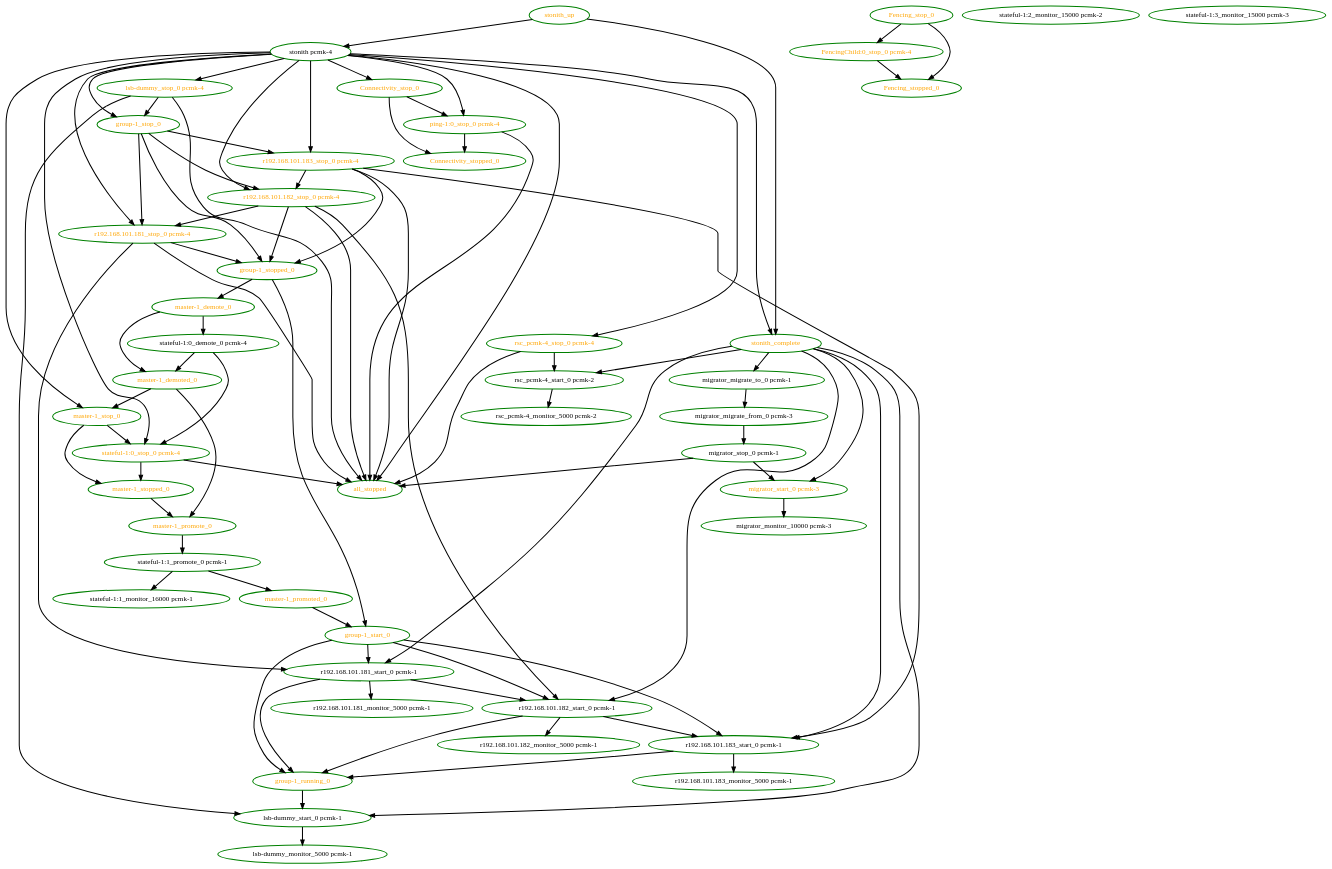
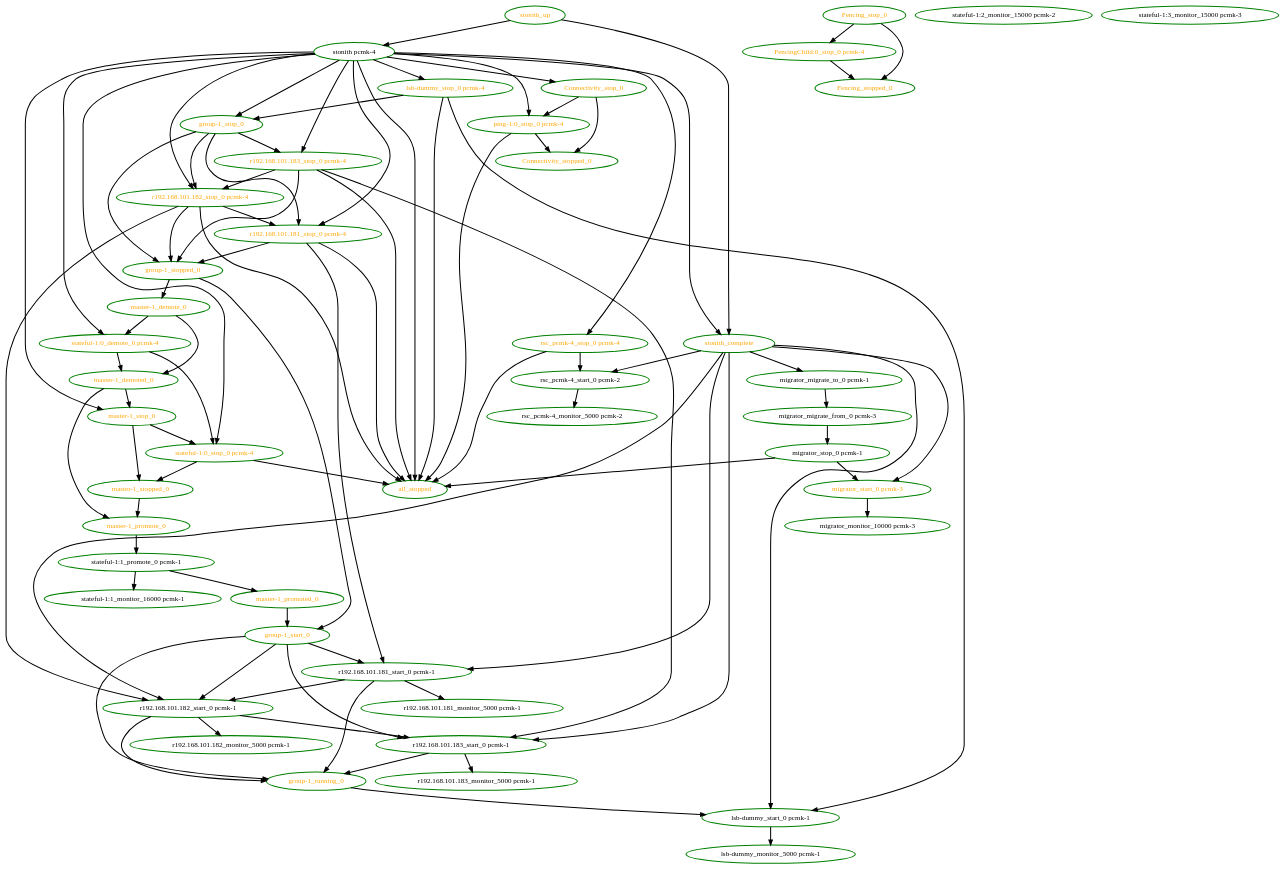
One commit to ClusterLabs/pacemaker changed the diagram in pengine/test10/migrate-fencing.dot. Above: the diagram before and after it, drawn with Graphviz. The commit also changed 1 other file, not shown here.

```diff
--- a/pengine/test10/migrate-fencing.dot
+++ b/pengine/test10/migrate-fencing.dot
@@ -1,133 +1,134 @@
 digraph "g" {
 "Connectivity_stop_0" -> "Connectivity_stopped_0" [ style = bold]
 "Connectivity_stop_0" -> "ping-1:0_stop_0 pcmk-4" [ style = bold]
 "Connectivity_stop_0" [ style=bold color="green" fontcolor="orange" ]
 "Connectivity_stopped_0" [ style=bold color="green" fontcolor="orange" ]
 "FencingChild:0_stop_0 pcmk-4" -> "Fencing_stopped_0" [ style = bold]
 "FencingChild:0_stop_0 pcmk-4" [ style=bold color="green" fontcolor="orange" ]
 "Fencing_stop_0" -> "FencingChild:0_stop_0 pcmk-4" [ style = bold]
 "Fencing_stop_0" -> "Fencing_stopped_0" [ style = bold]
 "Fencing_stop_0" [ style=bold color="green" fontcolor="orange" ]
 "Fencing_stopped_0" [ style=bold color="green" fontcolor="orange" ]
 "all_stopped" [ style=bold color="green" fontcolor="orange" ]
 "group-1_running_0" -> "lsb-dummy_start_0 pcmk-1" [ style = bold]
 "group-1_running_0" [ style=bold color="green" fontcolor="orange" ]
 "group-1_start_0" -> "group-1_running_0" [ style = bold]
 "group-1_start_0" -> "r192.168.101.181_start_0 pcmk-1" [ style = bold]
 "group-1_start_0" -> "r192.168.101.182_start_0 pcmk-1" [ style = bold]
 "group-1_start_0" -> "r192.168.101.183_start_0 pcmk-1" [ style = bold]
 "group-1_start_0" [ style=bold color="green" fontcolor="orange" ]
 "group-1_stop_0" -> "group-1_stopped_0" [ style = bold]
 "group-1_stop_0" -> "r192.168.101.181_stop_0 pcmk-4" [ style = bold]
 "group-1_stop_0" -> "r192.168.101.182_stop_0 pcmk-4" [ style = bold]
 "group-1_stop_0" -> "r192.168.101.183_stop_0 pcmk-4" [ style = bold]
 "group-1_stop_0" [ style=bold color="green" fontcolor="orange" ]
 "group-1_stopped_0" -> "group-1_start_0" [ style = bold]
 "group-1_stopped_0" -> "master-1_demote_0" [ style = bold]
 "group-1_stopped_0" [ style=bold color="green" fontcolor="orange" ]
 "lsb-dummy_monitor_5000 pcmk-1" [ style=bold color="green" fontcolor="black" ]
 "lsb-dummy_start_0 pcmk-1" -> "lsb-dummy_monitor_5000 pcmk-1" [ style = bold]
 "lsb-dummy_start_0 pcmk-1" [ style=bold color="green" fontcolor="black" ]
 "lsb-dummy_stop_0 pcmk-4" -> "all_stopped" [ style = bold]
 "lsb-dummy_stop_0 pcmk-4" -> "group-1_stop_0" [ style = bold]
 "lsb-dummy_stop_0 pcmk-4" -> "lsb-dummy_start_0 pcmk-1" [ style = bold]
 "lsb-dummy_stop_0 pcmk-4" [ style=bold color="green" fontcolor="orange" ]
 "master-1_demote_0" -> "master-1_demoted_0" [ style = bold]
 "master-1_demote_0" -> "stateful-1:0_demote_0 pcmk-4" [ style = bold]
 "master-1_demote_0" [ style=bold color="green" fontcolor="orange" ]
 "master-1_demoted_0" -> "master-1_promote_0" [ style = bold]
 "master-1_demoted_0" -> "master-1_stop_0" [ style = bold]
 "master-1_demoted_0" [ style=bold color="green" fontcolor="orange" ]
 "master-1_promote_0" -> "stateful-1:1_promote_0 pcmk-1" [ style = bold]
 "master-1_promote_0" [ style=bold color="green" fontcolor="orange" ]
 "master-1_promoted_0" -> "group-1_start_0" [ style = bold]
 "master-1_promoted_0" [ style=bold color="green" fontcolor="orange" ]
 "master-1_stop_0" -> "master-1_stopped_0" [ style = bold]
 "master-1_stop_0" -> "stateful-1:0_stop_0 pcmk-4" [ style = bold]
 "master-1_stop_0" [ style=bold color="green" fontcolor="orange" ]
 "master-1_stopped_0" -> "master-1_promote_0" [ style = bold]
 "master-1_stopped_0" [ style=bold color="green" fontcolor="orange" ]
 "migrator_migrate_from_0 pcmk-3" -> "migrator_stop_0 pcmk-1" [ style = bold]
 "migrator_migrate_from_0 pcmk-3" [ style=bold color="green" fontcolor="black" ]
 "migrator_migrate_to_0 pcmk-1" -> "migrator_migrate_from_0 pcmk-3" [ style = bold]
 "migrator_migrate_to_0 pcmk-1" [ style=bold color="green" fontcolor="black" ]
 "migrator_monitor_10000 pcmk-3" [ style=bold color="green" fontcolor="black" ]
 "migrator_start_0 pcmk-3" -> "migrator_monitor_10000 pcmk-3" [ style = bold]
 "migrator_start_0 pcmk-3" [ style=bold color="green" fontcolor="orange" ]
 "migrator_stop_0 pcmk-1" -> "all_stopped" [ style = bold]
 "migrator_stop_0 pcmk-1" -> "migrator_start_0 pcmk-3" [ style = bold]
 "migrator_stop_0 pcmk-1" [ style=bold color="green" fontcolor="black" ]
 "ping-1:0_stop_0 pcmk-4" -> "Connectivity_stopped_0" [ style = bold]
 "ping-1:0_stop_0 pcmk-4" -> "all_stopped" [ style = bold]
 "ping-1:0_stop_0 pcmk-4" [ style=bold color="green" fontcolor="orange" ]
 "r192.168.101.181_monitor_5000 pcmk-1" [ style=bold color="green" fontcolor="black" ]
 "r192.168.101.181_start_0 pcmk-1" -> "group-1_running_0" [ style = bold]
 "r192.168.101.181_start_0 pcmk-1" -> "r192.168.101.181_monitor_5000 pcmk-1" [ style = bold]
 "r192.168.101.181_start_0 pcmk-1" -> "r192.168.101.182_start_0 pcmk-1" [ style = bold]
 "r192.168.101.181_start_0 pcmk-1" [ style=bold color="green" fontcolor="black" ]
 "r192.168.101.181_stop_0 pcmk-4" -> "all_stopped" [ style = bold]
 "r192.168.101.181_stop_0 pcmk-4" -> "group-1_stopped_0" [ style = bold]
 "r192.168.101.181_stop_0 pcmk-4" -> "r192.168.101.181_start_0 pcmk-1" [ style = bold]
 "r192.168.101.181_stop_0 pcmk-4" [ style=bold color="green" fontcolor="orange" ]
 "r192.168.101.182_monitor_5000 pcmk-1" [ style=bold color="green" fontcolor="black" ]
 "r192.168.101.182_start_0 pcmk-1" -> "group-1_running_0" [ style = bold]
 "r192.168.101.182_start_0 pcmk-1" -> "r192.168.101.182_monitor_5000 pcmk-1" [ style = bold]
 "r192.168.101.182_start_0 pcmk-1" -> "r192.168.101.183_start_0 pcmk-1" [ style = bold]
 "r192.168.101.182_start_0 pcmk-1" [ style=bold color="green" fontcolor="black" ]
 "r192.168.101.182_stop_0 pcmk-4" -> "all_stopped" [ style = bold]
 "r192.168.101.182_stop_0 pcmk-4" -> "group-1_stopped_0" [ style = bold]
 "r192.168.101.182_stop_0 pcmk-4" -> "r192.168.101.181_stop_0 pcmk-4" [ style = bold]
 "r192.168.101.182_stop_0 pcmk-4" -> "r192.168.101.182_start_0 pcmk-1" [ style = bold]
 "r192.168.101.182_stop_0 pcmk-4" [ style=bold color="green" fontcolor="orange" ]
 "r192.168.101.183_monitor_5000 pcmk-1" [ style=bold color="green" fontcolor="black" ]
 "r192.168.101.183_start_0 pcmk-1" -> "group-1_running_0" [ style = bold]
 "r192.168.101.183_start_0 pcmk-1" -> "r192.168.101.183_monitor_5000 pcmk-1" [ style = bold]
 "r192.168.101.183_start_0 pcmk-1" [ style=bold color="green" fontcolor="black" ]
 "r192.168.101.183_stop_0 pcmk-4" -> "all_stopped" [ style = bold]
 "r192.168.101.183_stop_0 pcmk-4" -> "group-1_stopped_0" [ style = bold]
 "r192.168.101.183_stop_0 pcmk-4" -> "r192.168.101.182_stop_0 pcmk-4" [ style = bold]
 "r192.168.101.183_stop_0 pcmk-4" -> "r192.168.101.183_start_0 pcmk-1" [ style = bold]
 "r192.168.101.183_stop_0 pcmk-4" [ style=bold color="green" fontcolor="orange" ]
 "rsc_pcmk-4_monitor_5000 pcmk-2" [ style=bold color="green" fontcolor="black" ]
 "rsc_pcmk-4_start_0 pcmk-2" -> "rsc_pcmk-4_monitor_5000 pcmk-2" [ style = bold]
 "rsc_pcmk-4_start_0 pcmk-2" [ style=bold color="green" fontcolor="black" ]
 "rsc_pcmk-4_stop_0 pcmk-4" -> "all_stopped" [ style = bold]
 "rsc_pcmk-4_stop_0 pcmk-4" -> "rsc_pcmk-4_start_0 pcmk-2" [ style = bold]
 "rsc_pcmk-4_stop_0 pcmk-4" [ style=bold color="green" fontcolor="orange" ]
 "stateful-1:0_demote_0 pcmk-4" -> "master-1_demoted_0" [ style = bold]
 "stateful-1:0_demote_0 pcmk-4" -> "stateful-1:0_stop_0 pcmk-4" [ style = bold]
-"stateful-1:0_demote_0 pcmk-4" [ style=bold color="green" fontcolor="black" ]
+"stateful-1:0_demote_0 pcmk-4" [ style=bold color="green" fontcolor="orange"]
 "stateful-1:0_stop_0 pcmk-4" -> "all_stopped" [ style = bold]
 "stateful-1:0_stop_0 pcmk-4" -> "master-1_stopped_0" [ style = bold]
 "stateful-1:0_stop_0 pcmk-4" [ style=bold color="green" fontcolor="orange" ]
 "stateful-1:1_monitor_16000 pcmk-1" [ style=bold color="green" fontcolor="black" ]
 "stateful-1:1_promote_0 pcmk-1" -> "master-1_promoted_0" [ style = bold]
 "stateful-1:1_promote_0 pcmk-1" -> "stateful-1:1_monitor_16000 pcmk-1" [ style = bold]
 "stateful-1:1_promote_0 pcmk-1" [ style=bold color="green" fontcolor="black" ]
 "stateful-1:2_monitor_15000 pcmk-2" [ style=bold color="green" fontcolor="black" ]
 "stateful-1:3_monitor_15000 pcmk-3" [ style=bold color="green" fontcolor="black" ]
 "stonith pcmk-4" -> "Connectivity_stop_0" [ style = bold]
 "stonith pcmk-4" -> "all_stopped" [ style = bold]
 "stonith pcmk-4" -> "group-1_stop_0" [ style = bold]
 "stonith pcmk-4" -> "lsb-dummy_stop_0 pcmk-4" [ style = bold]
 "stonith pcmk-4" -> "master-1_stop_0" [ style = bold]
 "stonith pcmk-4" -> "ping-1:0_stop_0 pcmk-4" [ style = bold]
 "stonith pcmk-4" -> "r192.168.101.181_stop_0 pcmk-4" [ style = bold]
 "stonith pcmk-4" -> "r192.168.101.182_stop_0 pcmk-4" [ style = bold]
 "stonith pcmk-4" -> "r192.168.101.183_stop_0 pcmk-4" [ style = bold]
 "stonith pcmk-4" -> "rsc_pcmk-4_stop_0 pcmk-4" [ style = bold]
+"stonith pcmk-4" -> "stateful-1:0_demote_0 pcmk-4" [ style = bold]
 "stonith pcmk-4" -> "stateful-1:0_stop_0 pcmk-4" [ style = bold]
 "stonith pcmk-4" -> "stonith_complete" [ style = bold]
 "stonith pcmk-4" [ style=bold color="green" fontcolor="black" ]
 "stonith_complete" -> "lsb-dummy_start_0 pcmk-1" [ style = bold]
 "stonith_complete" -> "migrator_migrate_to_0 pcmk-1" [ style = bold]
 "stonith_complete" -> "migrator_start_0 pcmk-3" [ style = bold]
 "stonith_complete" -> "r192.168.101.181_start_0 pcmk-1" [ style = bold]
 "stonith_complete" -> "r192.168.101.182_start_0 pcmk-1" [ style = bold]
 "stonith_complete" -> "r192.168.101.183_start_0 pcmk-1" [ style = bold]
 "stonith_complete" -> "rsc_pcmk-4_start_0 pcmk-2" [ style = bold]
 "stonith_complete" [ style=bold color="green" fontcolor="orange" ]
 "stonith_up" -> "stonith pcmk-4" [ style = bold]
 "stonith_up" -> "stonith_complete" [ style = bold]
 "stonith_up" [ style=bold color="green" fontcolor="orange" ]
 }
```
